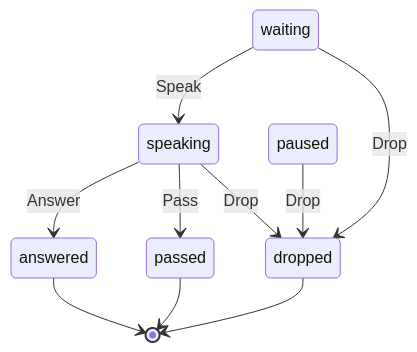
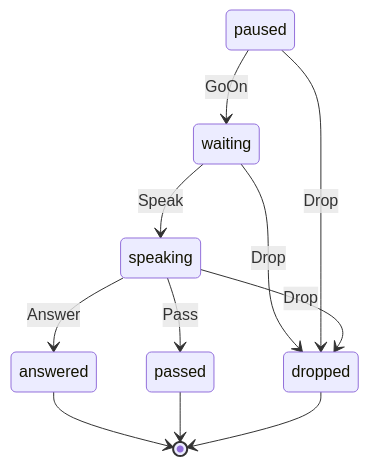
Before and after one commit to otaviobarros/hobbots: the diagram in docs/architecture/machines/turn-request.md, drawn with Mermaid. The commit also changed other lines of this file and 41 other files, not shown here.

````diff
--- a/docs/architecture/machines/turn-request.md
+++ b/docs/architecture/machines/turn-request.md
@@ -16,12 +16,13 @@
 ```mermaid
 stateDiagram-v2
   waiting --> speaking: Speak
   speaking --> answered: Answer
   speaking --> passed: Pass
   waiting --> dropped: Drop
   paused --> dropped: Drop
   speaking --> dropped: Drop
+  paused --> waiting: GoOn
   answered --> [*]
   passed --> [*]
   dropped --> [*]
 ```
````
